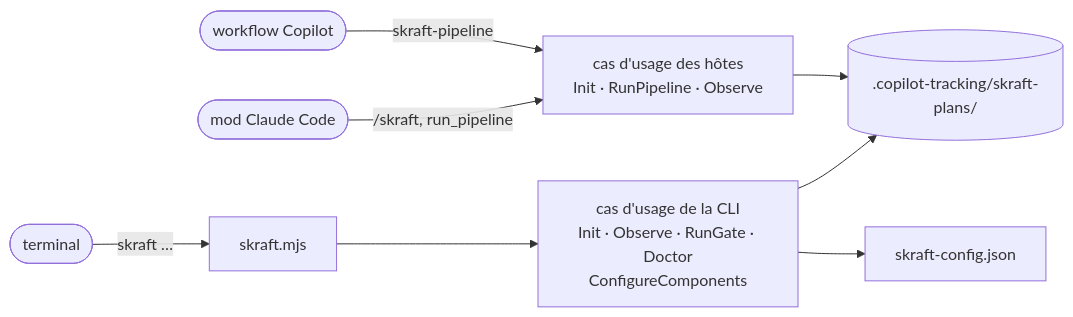
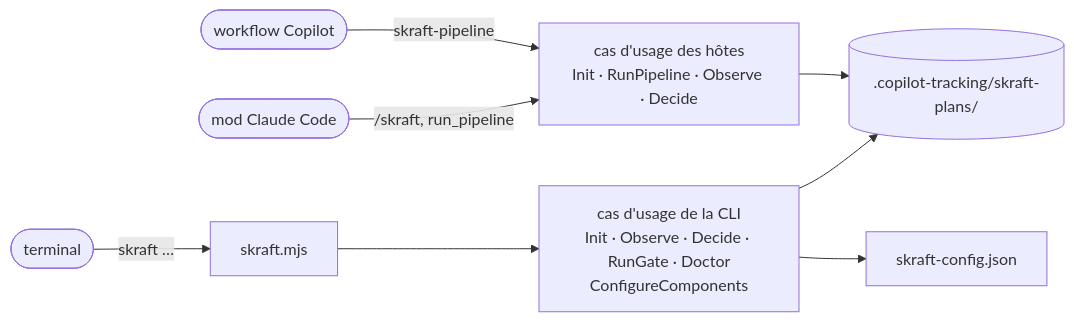
Before and after one commit to SebastienDegodez/skraft-plugin: the first of 2 diagrams in docs/site/fr/reference/cli.md, drawn with Mermaid. The commit also changed other lines of this file and 100 other files, not shown here.

````diff
--- a/docs/site/fr/reference/cli.md
+++ b/docs/site/fr/reference/cli.md
@@ -41,11 +41,11 @@
 ```mermaid
 flowchart LR
     T([terminal]) -->|skraft …| CLI[skraft.mjs]
     M([mod Claude Code]) -->|/skraft, run_pipeline| HP
     W([workflow Copilot]) -->|skraft-pipeline| HP
-    CLI --> UC[cas d'usage de la CLI<br/>Init · Observe · RunGate · Doctor<br/>ConfigureComponents]
-    HP[cas d'usage des hôtes<br/>Init · RunPipeline · Observe]
+    CLI --> UC[cas d'usage de la CLI<br/>Init · Observe · Decide · RunGate · Doctor<br/>ConfigureComponents]
+    HP[cas d'usage des hôtes<br/>Init · RunPipeline · Observe · Decide]
     UC --> J[(.copilot-tracking/skraft-plans/)]
     HP --> J
     UC --> C[skraft-config.json]
 ```
````
